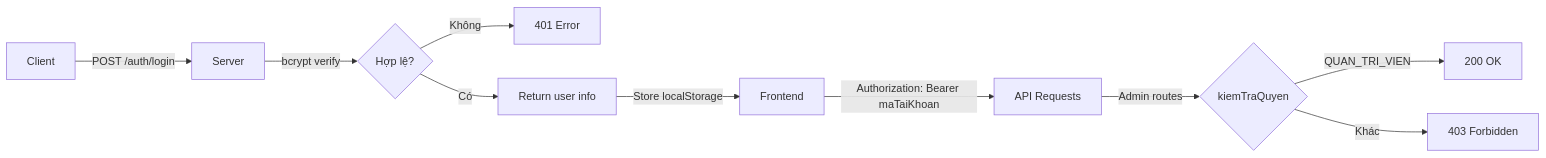
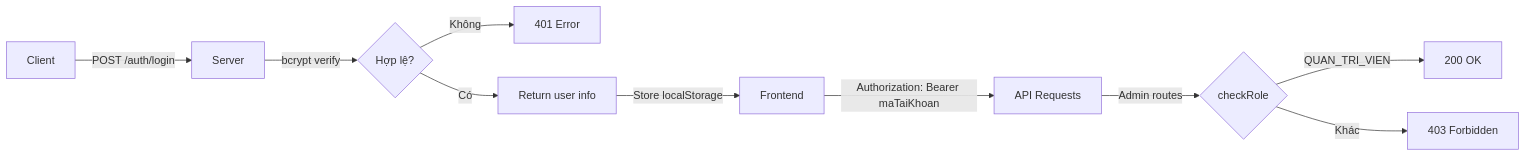
Before and after one commit to NPhamDoan/FULL_QLThuVien: diagram 18 of 18 in .kiro/document/BaoCao_PhanTich_ThietKe.md, drawn with Mermaid. The commit also changed other lines of this file and 37 other files, not shown here.

````diff
--- a/.kiro/document/BaoCao_PhanTich_ThietKe.md
+++ b/.kiro/document/BaoCao_PhanTich_ThietKe.md
@@ -647,12 +657,12 @@
 ```mermaid
 flowchart LR
     A[Client] -->|POST /auth/login| B[Server]
     B -->|bcrypt verify| C{Hợp lệ?}
     C -->|Không| D[401 Error]
     C -->|Có| E[Return user info]
     E -->|Store localStorage| F[Frontend]
     F -->|Authorization: Bearer maTaiKhoan| G[API Requests]
-    G -->|Admin routes| H{kiemTraQuyen}
+    G -->|Admin routes| H{checkRole}
     H -->|QUAN_TRI_VIEN| I[200 OK]
     H -->|Khác| J[403 Forbidden]
 ```
````
